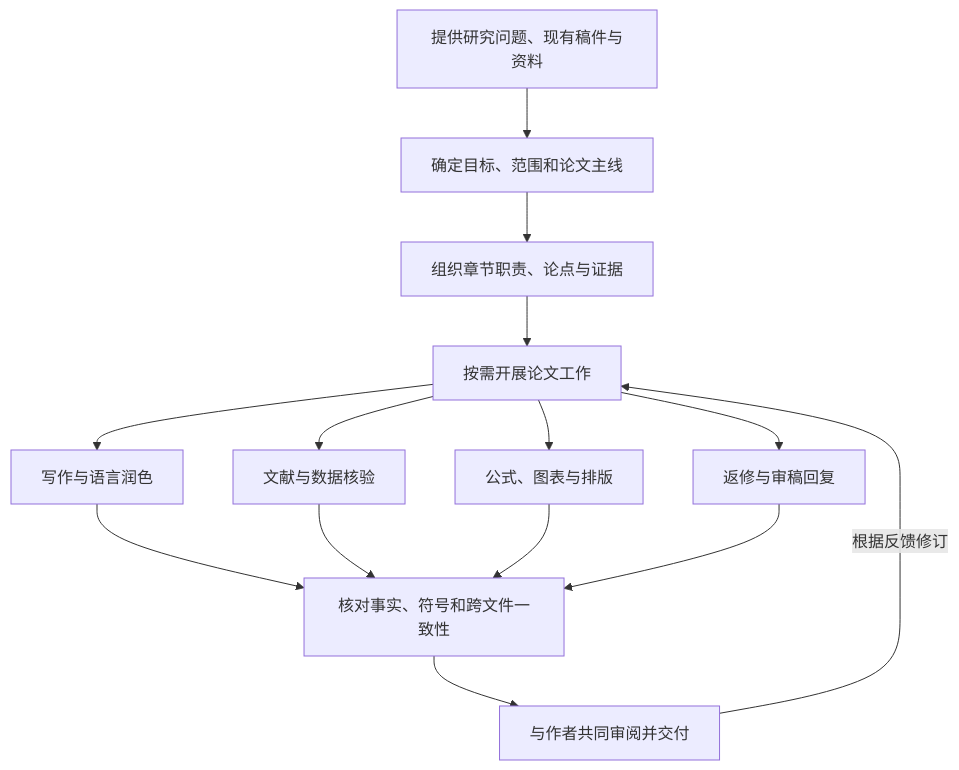
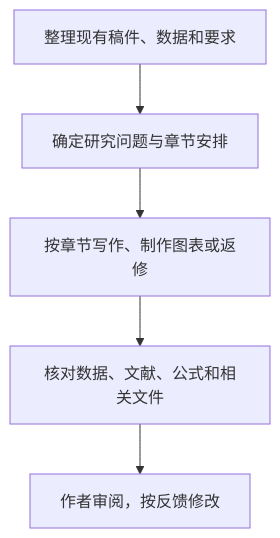
Before and after one commit to achnstu/Thesis-collaboration-framework: the first of 2 diagrams in README.md, drawn with Mermaid. The commit also changed other lines of this file, not shown here.

Commit message:
docs: simplify workflow diagrams

````diff
--- a/README.md
+++ b/README.md
@@ -7,16 +7,7 @@
 ```mermaid
 flowchart TD
-    A["提供研究问题、现有稿件与资料"] --> B["确定目标、范围和论文主线"]
-    B --> C["组织章节职责、论点与证据"]
-    C --> D["按需开展论文工作"]
-    D --> E["写作与语言润色"]
-    D --> F["文献与数据核验"]
-    D --> G["公式、图表与排版"]
-    D --> H["返修与审稿回复"]
-    E --> I["核对事实、符号和跨文件一致性"]
-    F --> I
-    G --> I
-    H --> I
-    I --> J["与作者共同审阅并交付"]
-    J -->|"根据反馈修订"| D
+    A["整理现有稿件、数据和要求"] --> B["确定研究问题与章节安排"]
+    B --> C["按章节写作、制作图表或返修"]
+    C --> D["核对数据、文献、公式和相关文件"]
+    D --> E["作者审阅，按反馈修改"]
 ```
````
